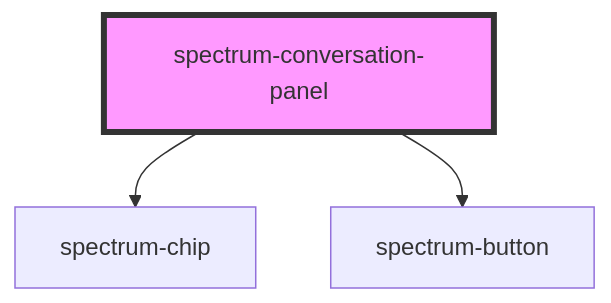
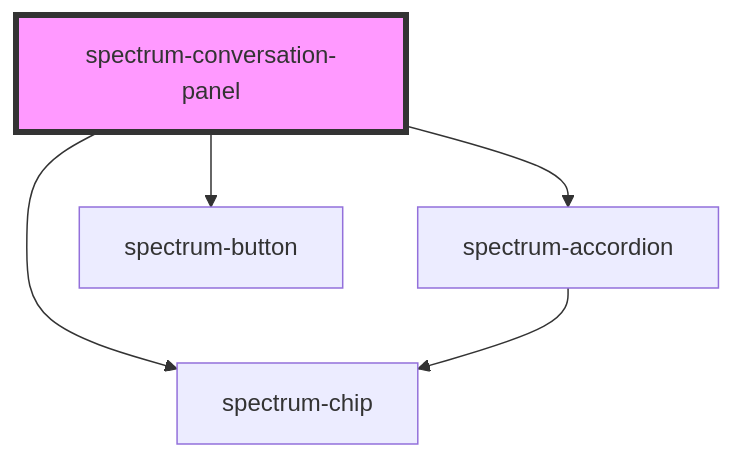
One commit to emamirelar/spectrum changed the diagram in packages/core/src/components/spectrum-conversation-panel/readme.md. Above: the diagram before and after it, drawn with Mermaid. The commit also changed other lines of this file and 16 other files, not shown here.

````diff
--- a/packages/core/src/components/spectrum-conversation-panel/readme.md
+++ b/packages/core/src/components/spectrum-conversation-panel/readme.md
@@ -53,6 +54,8 @@
 ```mermaid
 graph TD;
+  spectrum-conversation-panel --> spectrum-accordion
+  spectrum-conversation-panel --> spectrum-button
   spectrum-conversation-panel --> spectrum-chip
-  spectrum-conversation-panel --> spectrum-button
+  spectrum-accordion --> spectrum-chip
   style spectrum-conversation-panel fill:#f9f,stroke:#333,stroke-width:4px
 ```
````
